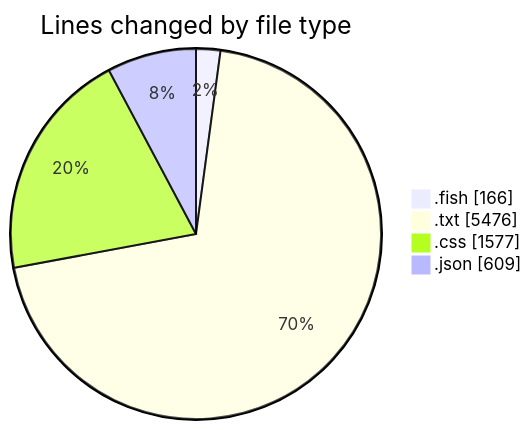
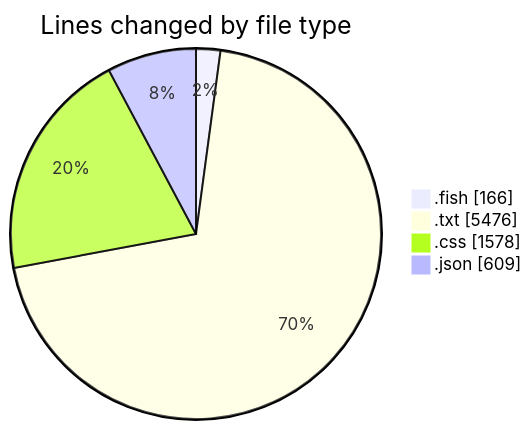
One commit to EIIisD/code-tracking changed the first of 2 diagrams in 2025-07-21/fish/README.md. Above: the diagram before and after it, drawn with Mermaid. The commit also changed other lines of this file and 1 other file, not shown here.

````diff
--- a/2025-07-21/fish/README.md
+++ b/2025-07-21/fish/README.md
@@ -24,8 +24,8 @@
 ```mermaid
 pie showData
 title Lines changed by file type
 ".fish" : 166
 ".txt" : 5476
-".css" : 1577
+".css" : 1578
 ".json" : 609
 ```
````
